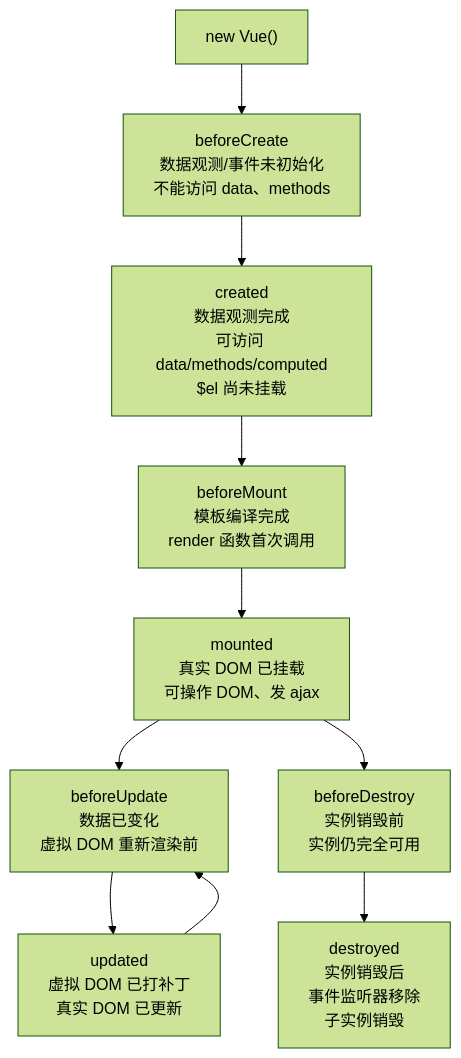
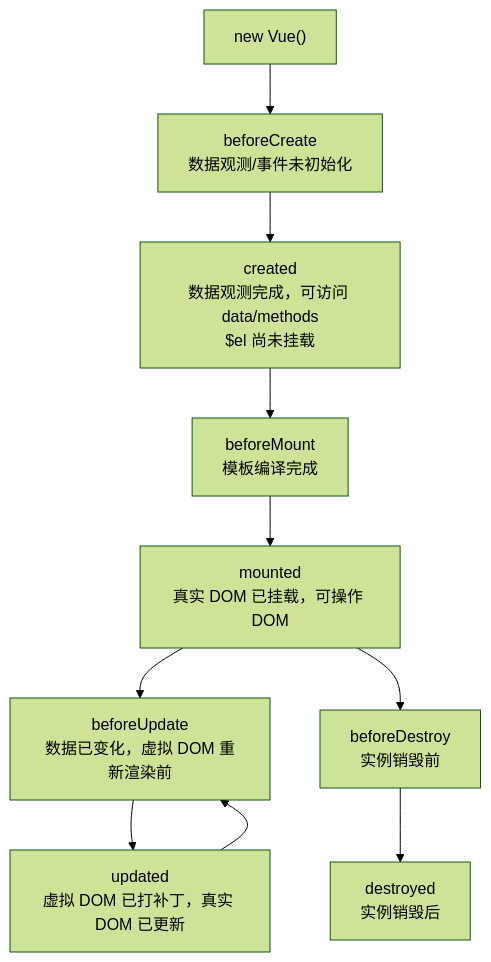
Diagram 18 of 38 in 00-基础常识/04-Vue-详解版.md (KMaybe01/common), drawn with Mermaid (forest theme) before and after one commit. The commit also changed other lines of this file and 10 other files, not shown here.

````diff
--- a/00-基础常识/04-Vue-详解版.md
+++ b/00-基础常识/04-Vue-详解版.md
@@ -797,16 +971,14 @@
 ```mermaid
 flowchart TD
-    start["new Vue()"] --> beforeCreate["beforeCreate\n数据观测/事件未初始化\n不能访问 data、methods"]
-    beforeCreate --> created["created\n数据观测完成\n可访问 data/methods/computed\n$el 尚未挂载"]
-    created --> beforeMount["beforeMount\n模板编译完成\nrender 函数首次调用"]
-    beforeMount --> mounted["mounted\n真实 DOM 已挂载\n可操作 DOM、发 ajax"]
+    start["new Vue()"] --> beforeCreate["beforeCreate<br/>数据观测/事件未初始化"]
+    beforeCreate --> created["created<br/>数据观测完成，可访问 data/methods<br/>$el 尚未挂载"]
+    created --> beforeMount["beforeMount<br/>模板编译完成"]
+    beforeMount --> mounted["mounted<br/>真实 DOM 已挂载，可操作 DOM"]
 
-    mounted --> beforeUpdate["beforeUpdate\n数据已变化\n虚拟 DOM 重新渲染前"]
-
-    beforeUpdate --> updated["updated\n虚拟 DOM 已打补丁\n真实 DOM 已更新"]
-
+    mounted --> beforeUpdate["beforeUpdate<br/>数据已变化，虚拟 DOM 重新渲染前"]
+    beforeUpdate --> updated["updated<br/>虚拟 DOM 已打补丁，真实 DOM 已更新"]
     updated --> beforeUpdate
 
-    mounted --> beforeDestroy["beforeDestroy\n实例销毁前\n实例仍完全可用"]
-    beforeDestroy --> destroyed["destroyed\n实例销毁后\n事件监听器移除\n子实例销毁"]
+    mounted --> beforeDestroy["beforeDestroy<br/>实例销毁前"]
+    beforeDestroy --> destroyed["destroyed<br/>实例销毁后"]
 ```
````
